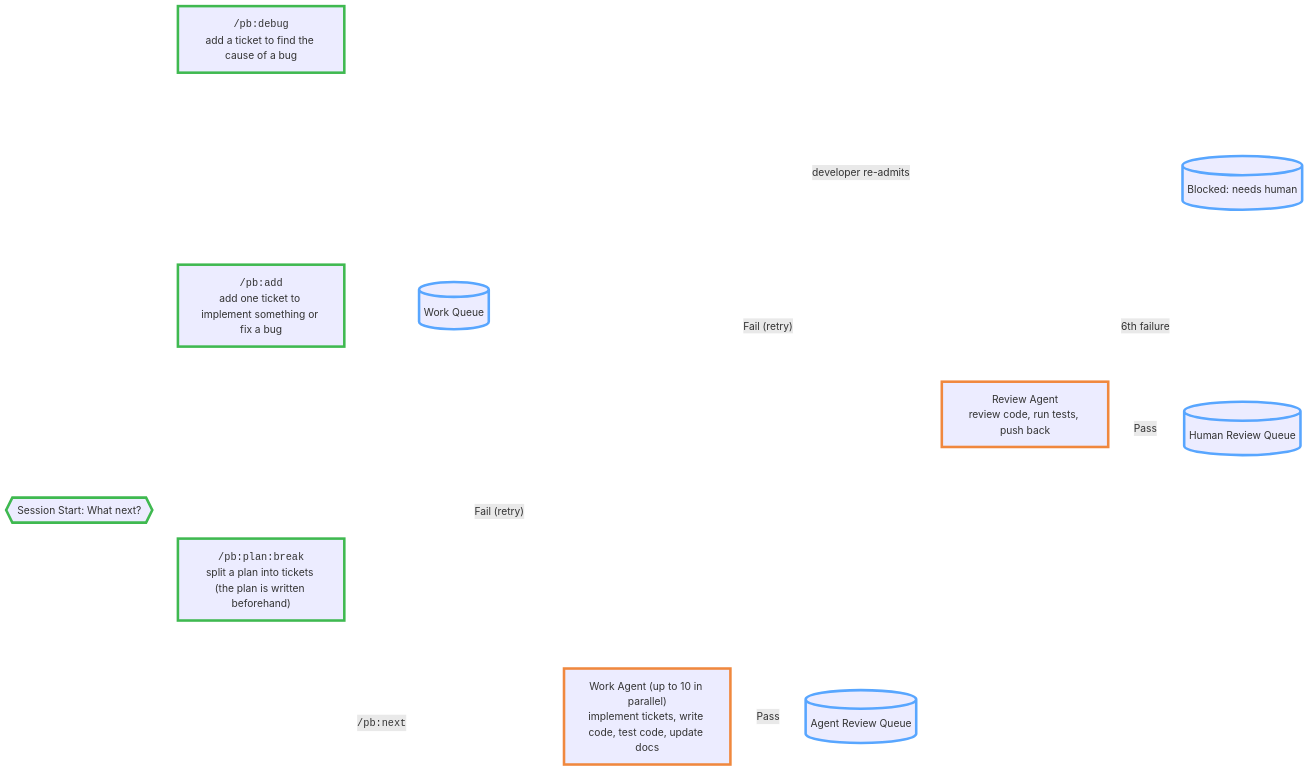
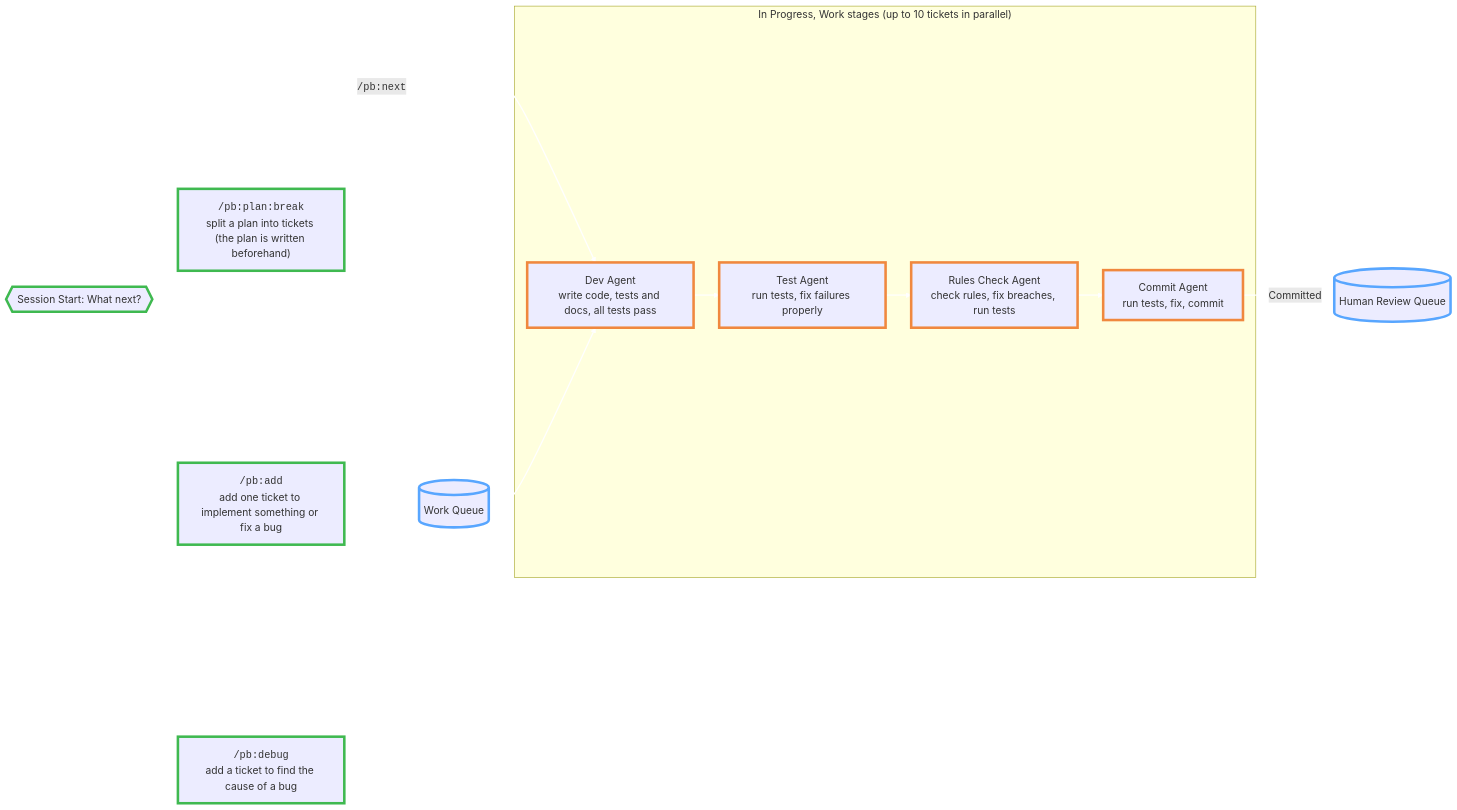
One commit to ashleydavis/playbook changed the diagram in images/handbook/pipeline-work-and-review.mmd. Above: the diagram before and after it, drawn with Mermaid. The commit also changed 76 other files, not shown here.

```diff
--- a/images/handbook/pipeline-work-and-review.mmd
+++ b/images/handbook/pipeline-work-and-review.mmd
@@ -1,31 +1,29 @@
 %%{init: {'layout': 'dagre', 'flowchart': {'nodeSpacing': 300, 'rankSpacing': 40}, 'themeVariables': {'lineColor': '#ffffff'}, 'themeCSS': '.edgeLabel p { padding: 4px 8px; }'}}%%
 flowchart LR
     SESSION{{"Session Start: What next?"}} --> PLAN
     SESSION --> ADD_WI
     SESSION --> DEBUG
     SESSION -->|"<span style='font-family:monospace'>/pb:next</span>"| IMPL
 
     PLAN["<span style='font-family:monospace'>/pb:plan:break</span><br/>split a plan into tickets (the plan is written beforehand)"] --> WQ
     ADD_WI["<span style='font-family:monospace'>/pb:add</span><br/>add one ticket to implement something or fix a bug"] --> WQ
     DEBUG["<span style='font-family:monospace'>/pb:debug</span><br/>add a ticket to find the cause of a bug"] --> WQ
 
     WQ[("Work Queue")] --> IMPL
 
-    IMPL["Work Agent (up to 10 in parallel)<br/>implement tickets, write code, test code, update docs"]
+    subgraph INP["In Progress, Work stages (up to 10 tickets in parallel)"]
+        IMPL["Dev Agent<br/>write code, tests and docs, all tests pass"]
+        TEST["Test Agent<br/>run tests, fix failures properly"]
+        RULES["Rules Check Agent<br/>check rules, fix breaches, run tests"]
+        COMMIT["Commit Agent<br/>run tests, fix, commit"]
+        IMPL --> TEST --> RULES --> COMMIT
+    end
 
-    CHK["Review Agent<br/>review code, run tests, push back"]
-
-    IMPL -->|Pass| AR[("Agent Review Queue")]
-    AR --> CHK
-    CHK -->|"Fail (retry)"| WQ
-    CHK -->|"6th failure"| BLK[("Blocked: needs human")]
-    CHK -->|Pass| HR[("Human Review Queue")]
-    IMPL -->|"Fail (retry)"| WQ
-    BLK -->|"developer re-admits"| WQ
+    COMMIT -->|Committed| HR[("Human Review Queue")]
     classDef queue stroke:#58a6ff,stroke-width:4px
-    class WQ,AR,HR,BLK queue
+    class WQ,HR queue
     classDef human stroke:#3fb950,stroke-width:4px
     classDef agent stroke:#f0883e,stroke-width:4px
     class SESSION,PLAN,ADD_WI,DEBUG human
-    class IMPL,CHK agent
+    class IMPL,TEST,RULES,COMMIT agent
     linkStyle default stroke:#ffffff,stroke-width:2px
```
